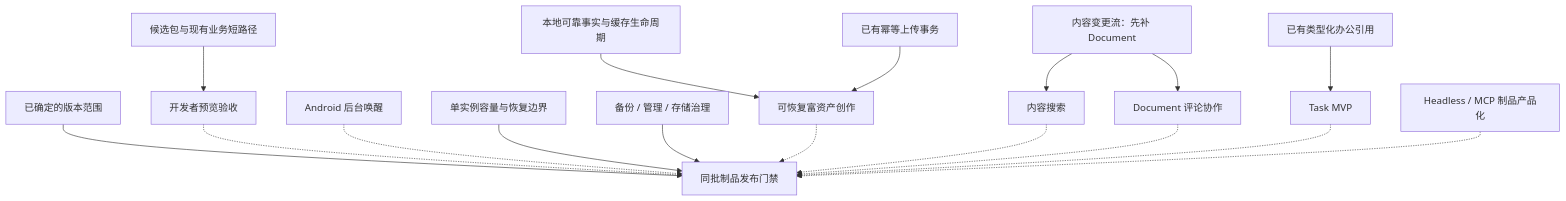
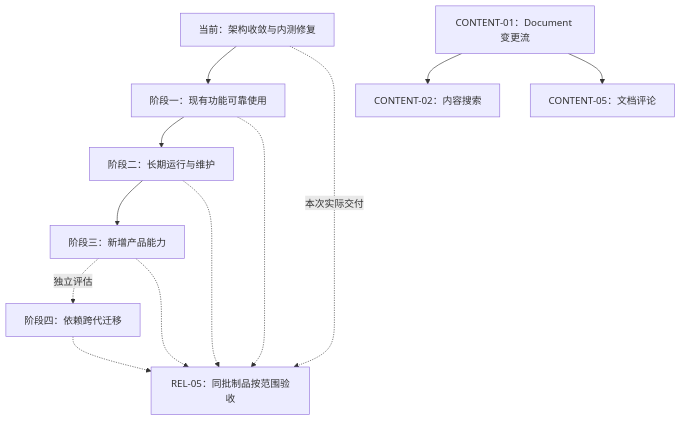
Before and after one commit to virjar/team-talk: the diagram in doc/10-reference/roadmap.md, drawn with Mermaid. The commit also changed other lines of this file and 20 other files, not shown here.

````diff
--- a/doc/10-reference/roadmap.md
+++ b/doc/10-reference/roadmap.md
@@ -45,19 +57,14 @@
 ```mermaid
 flowchart TD
-    Cache["本地可靠事实与缓存生命周期"] --> Creation["可恢复富资产创作"]
-    Upload["已有幂等上传事务"] --> Creation
-    Changes["内容变更流：先补 Document"] --> Search["内容搜索"]
-    Changes --> Comments["Document 评论协作"]
-    Ref["已有类型化办公引用"] --> Task["Task MVP"]
-    Scope["已确定的版本范围"] --> Release
-    Preview["候选包与现有业务短路径"] --> PreviewRelease["开发者预览验收"]
-    PreviewRelease -.-> Release
-    Wake["Android 后台唤醒"] -.-> Release
-    Capacity["单实例容量与恢复边界"] --> Release["同批制品发布门禁"]
-    Recovery["备份 / 管理 / 存储治理"] --> Release
-    Creation -.-> Release
-    Search -.-> Release
-    Comments -.-> Release
-    Task -.-> Release
-    Headless["Headless / MCP 制品产品化"] -.-> Release
+    Current["当前：架构收敛与内测修复"] --> Reliable["阶段一：现有功能可靠使用"]
+    Reliable --> Operate["阶段二：长期运行与维护"]
+    Operate --> Product["阶段三：新增产品能力"]
+    Product -. 独立评估 .-> Dependencies["阶段四：依赖跨代迁移"]
+    Current -. 本次实际交付 .-> Verify["REL-05：同批制品按范围验收"]
+    Reliable -.-> Verify
+    Operate -.-> Verify
+    Product -.-> Verify
+    Dependencies -.-> Verify
+    Changes["CONTENT-01：Document 变更流"] --> Search["CONTENT-02：内容搜索"]
+    Changes --> Comments["CONTENT-05：文档评论"]
 ```
````
